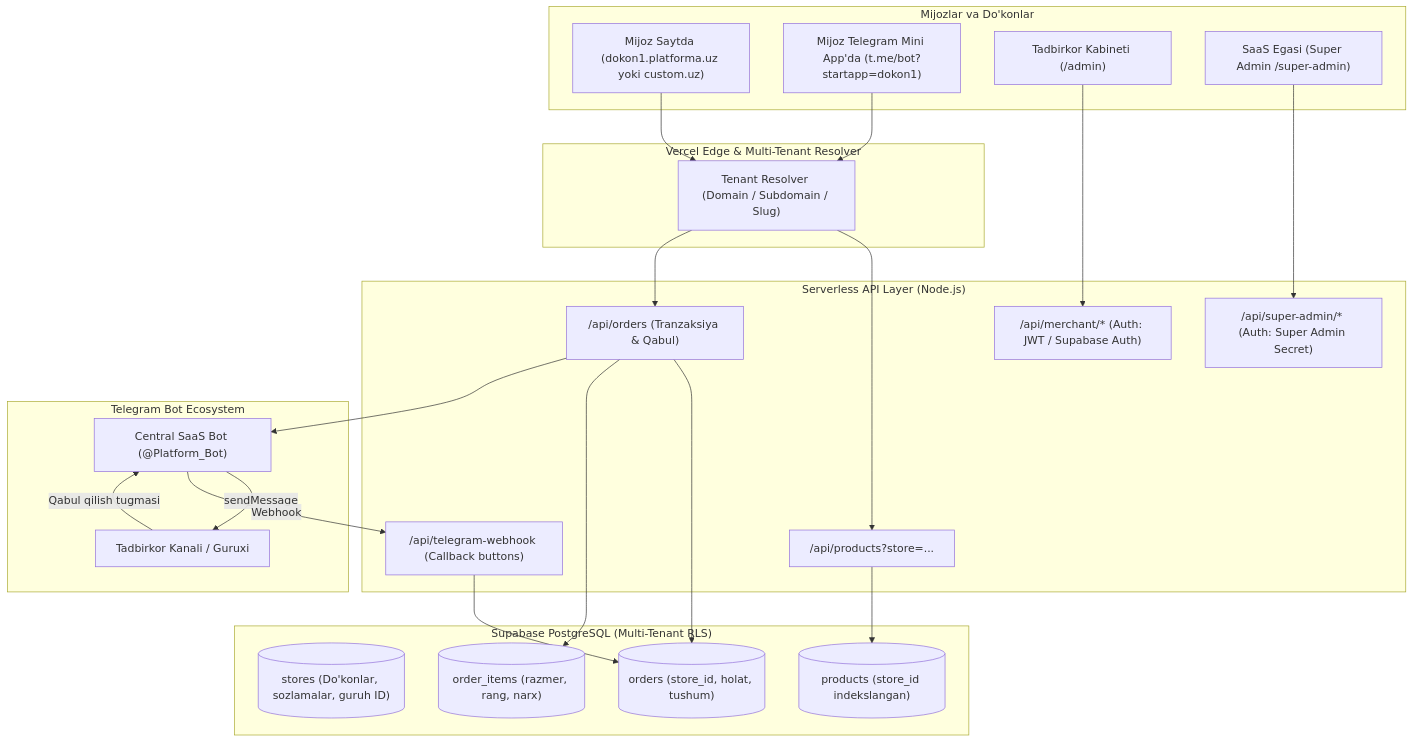
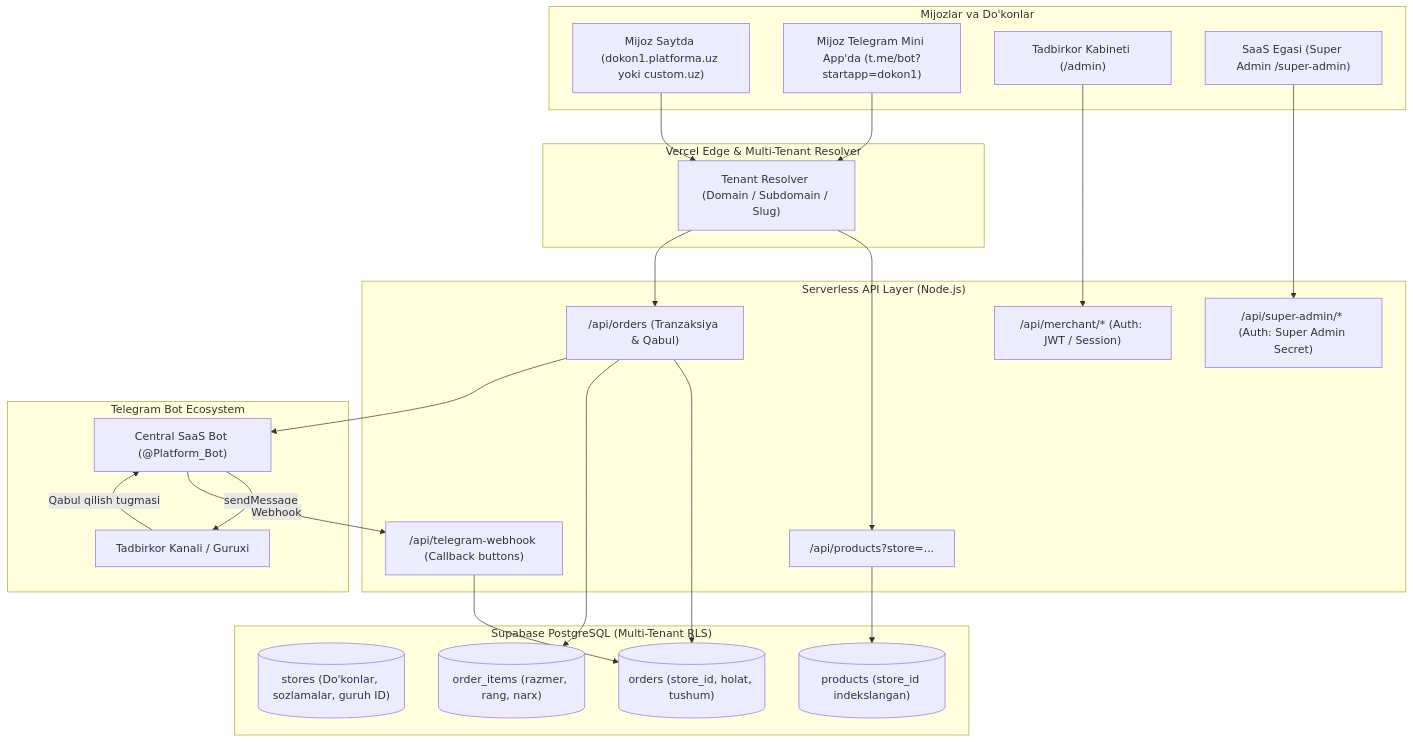
One commit to abrorbektreyder-web/KIDS-SHOP changed the diagram in SAAS_PRD_TZ.md. Above: the diagram before and after it, drawn with Mermaid. The commit also changed other lines of this file, not shown here.

````diff
--- a/SAAS_PRD_TZ.md
+++ b/SAAS_PRD_TZ.md
@@ -27,51 +113,51 @@
 ```mermaid
 flowchart TD
     subgraph Clients ["Mijozlar va Do'konlar"]
         ClientWeb["Mijoz Saytda (dokon1.platforma.uz yoki custom.uz)"]
         ClientTMA["Mijoz Telegram Mini App'da (t.me/bot?startapp=dokon1)"]
         MerchantAdmin["Tadbirkor Kabineti (/admin)"]
         SuperAdmin["SaaS Egasi (Super Admin /super-admin)"]
     end
 
     subgraph EdgeRouting ["Vercel Edge & Multi-Tenant Resolver"]
         Router["Tenant Resolver (Domain / Subdomain / Slug)"]
     end
 
     subgraph BackendAPI ["Serverless API Layer (Node.js)"]
         CatalogAPI["/api/products?store=..."]
         OrderAPI["/api/orders (Tranzaksiya & Qabul)"]
         TGWebhook["/api/telegram-webhook (Callback buttons)"]
-        MerchantAPI["/api/merchant/* (Auth: JWT / Supabase Auth)"]
+        MerchantAPI["/api/merchant/* (Auth: JWT / Session)"]
         SuperAdminAPI["/api/super-admin/* (Auth: Super Admin Secret)"]
     end
 
     subgraph DataStore ["Supabase PostgreSQL (Multi-Tenant RLS)"]
         StoresTable[("stores (Do'konlar, sozlamalar, guruh ID)")]
         ProductsTable[("products (store_id indekslangan)")]
         OrdersTable[("orders (store_id, holat, tushum)")]
         OrderItemsTable[("order_items (razmer, rang, narx)")]
     end
 
     subgraph TelegramCloud ["Telegram Bot Ecosystem"]
         CentralBot["Central SaaS Bot (@Platform_Bot)"]
         MerchantGroup["Tadbirkor Kanali / Guruxi"]
     end
 
     ClientWeb --> Router
     ClientTMA --> Router
     Router --> CatalogAPI
     Router --> OrderAPI
 
     MerchantAdmin --> MerchantAPI
     SuperAdmin --> SuperAdminAPI
 
     CatalogAPI --> ProductsTable
     OrderAPI --> OrdersTable
     OrderAPI --> OrderItemsTable
     OrderAPI --> CentralBot
 
     CentralBot -->|sendMessage| MerchantGroup
     MerchantGroup -->|Qabul qilish tugmasi| CentralBot
     CentralBot -->|Webhook| TGWebhook
     TGWebhook --> OrdersTable
 ```
````
